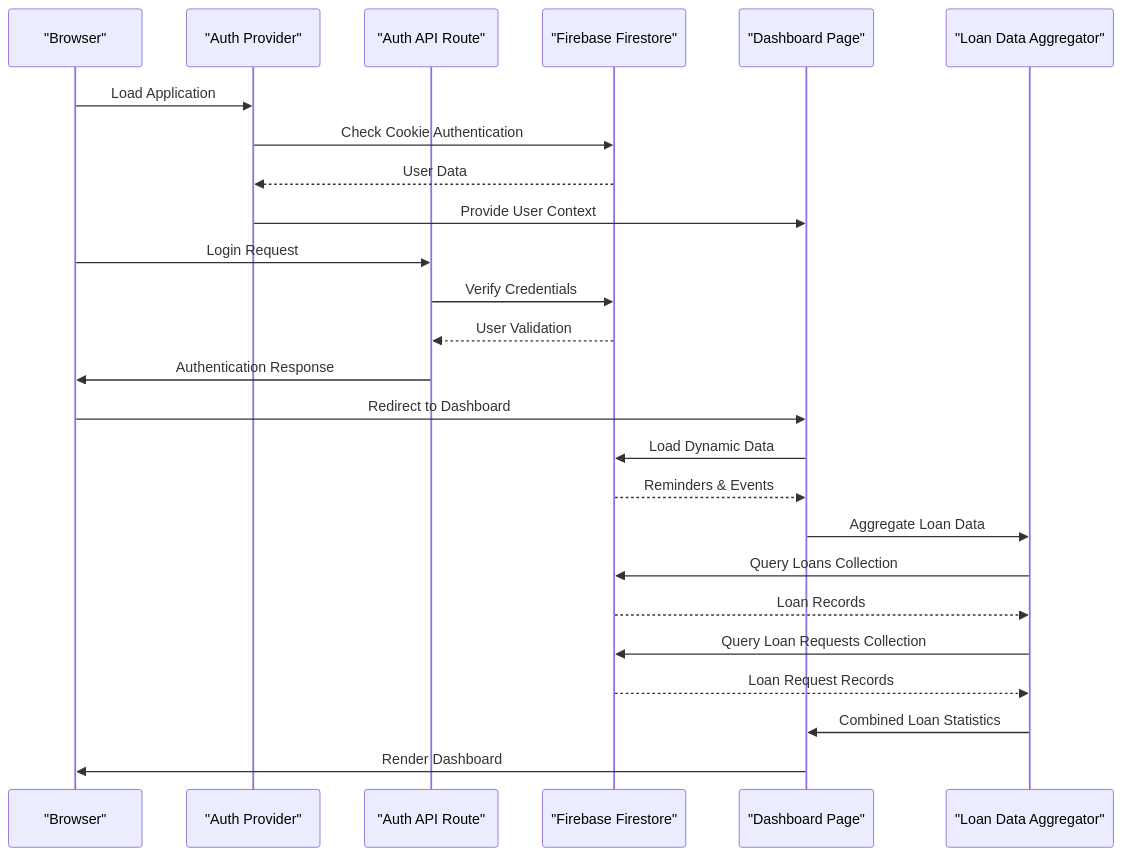
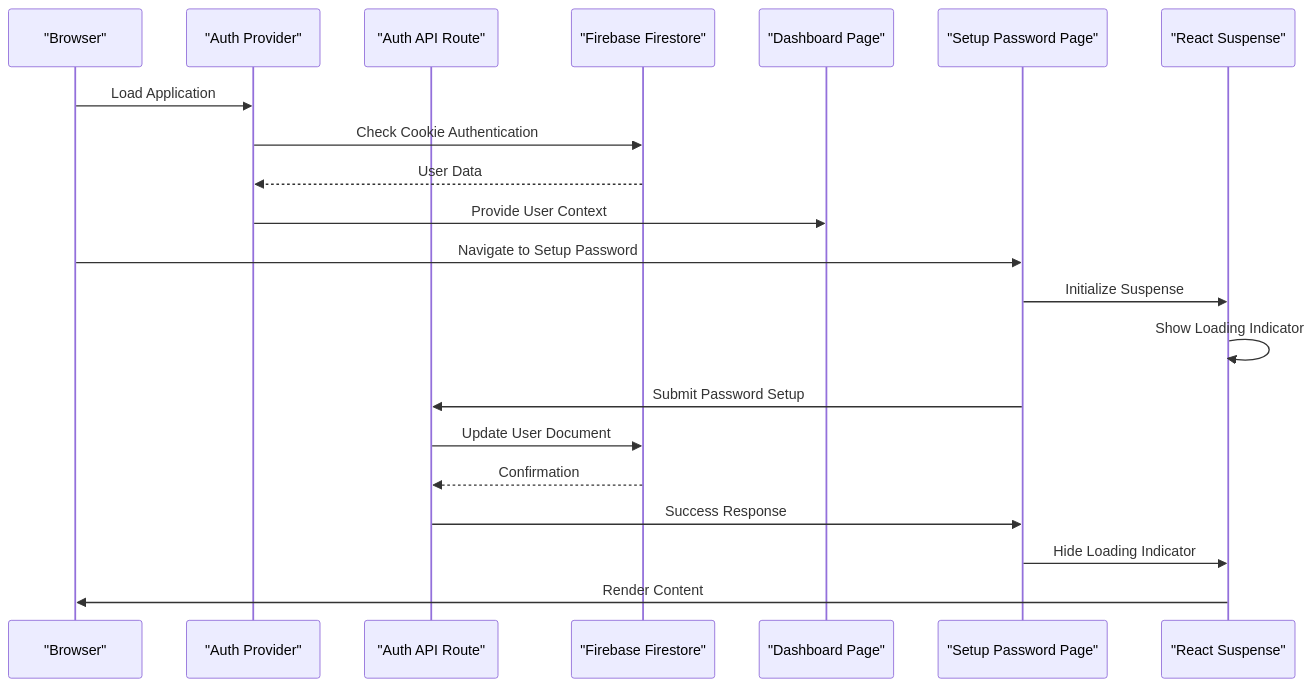
One commit to Unsure-bry/sampacoop_system changed the second of 12 diagrams in .qoder/repowiki/en/content/Dashboard System.md. Above: the diagram before and after it, drawn with Mermaid. The commit also changed other lines of this file and 12 other files, not shown here.

````diff
--- a/.qoder/repowiki/en/content/Dashboard System.md
+++ b/.qoder/repowiki/en/content/Dashboard System.md
@@ -136,27 +151,23 @@
 ```mermaid
 sequenceDiagram
 participant Browser as "Browser"
 participant Auth as "Auth Provider"
 participant API as "Auth API Route"
 participant Firebase as "Firebase Firestore"
 participant Dashboard as "Dashboard Page"
-participant LoanAggregator as "Loan Data Aggregator"
+participant SetupPassword as "Setup Password Page"
+participant Suspense as "React Suspense"
 Browser->>Auth : Load Application
 Auth->>Firebase : Check Cookie Authentication
 Firebase-->>Auth : User Data
 Auth->>Dashboard : Provide User Context
-Browser->>API : Login Request
-API->>Firebase : Verify Credentials
-Firebase-->>API : User Validation
-API->>Browser : Authentication Response
-Browser->>Dashboard : Redirect to Dashboard
-Dashboard->>Firebase : Load Dynamic Data
-Firebase-->>Dashboard : Reminders & Events
-Dashboard->>LoanAggregator : Aggregate Loan Data
-LoanAggregator->>Firebase : Query Loans Collection
-Firebase-->>LoanAggregator : Loan Records
-LoanAggregator->>Firebase : Query Loan Requests Collection
-Firebase-->>LoanAggregator : Loan Request Records
-LoanAggregator->>Dashboard : Combined Loan Statistics
-Dashboard->>Browser : Render Dashboard
+Browser->>SetupPassword : Navigate to Setup Password
+SetupPassword->>Suspense : Initialize Suspense
+Suspense->>Suspense : Show Loading Indicator
+SetupPassword->>API : Submit Password Setup
+API->>Firebase : Update User Document
+Firebase-->>API : Confirmation
+API->>SetupPassword : Success Response
+SetupPassword->>Suspense : Hide Loading Indicator
+Suspense->>Browser : Render Content
 ```
````
